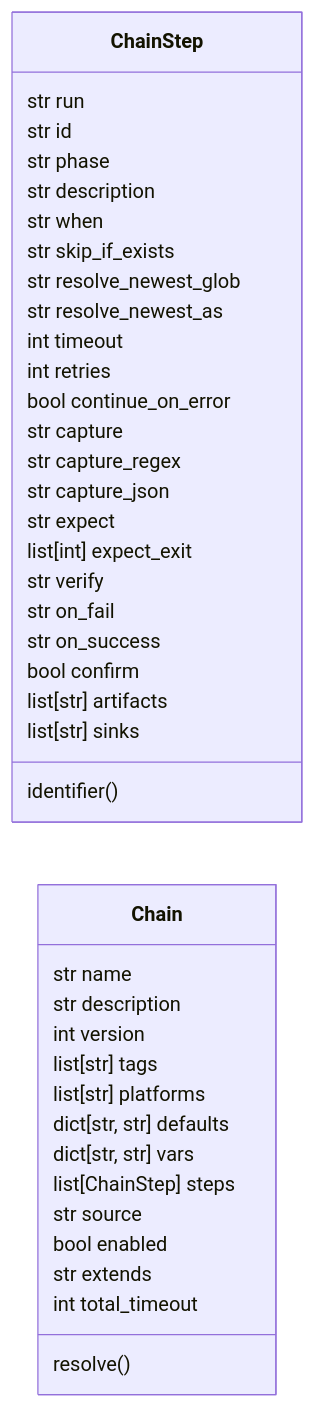
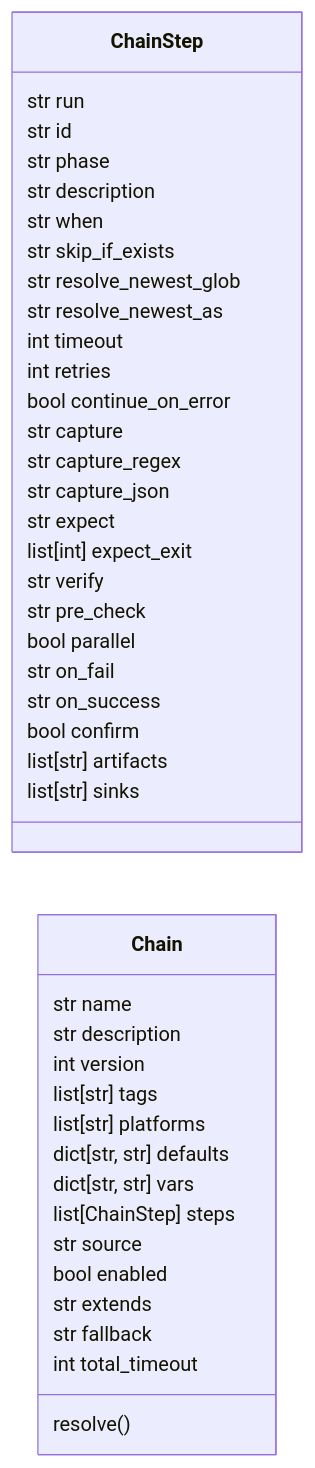
Before and after one commit to grisuno/LazyOwn: the first of 2 diagrams in readmenator-apidocs/modules/modules.chain_registry.py.md, drawn with Mermaid. The commit also changed other lines of this file and 199 other files, not shown here.

````diff
--- a/readmenator-apidocs/modules/modules.chain_registry.py.md
+++ b/readmenator-apidocs/modules/modules.chain_registry.py.md
@@ -26,42 +26,44 @@
 ```mermaid
 classDiagram
     direction LR
     class ChainStep
     ChainStep : str run
     ChainStep : str id
     ChainStep : str phase
     ChainStep : str description
     ChainStep : str when
     ChainStep : str skip_if_exists
     ChainStep : str resolve_newest_glob
     ChainStep : str resolve_newest_as
     ChainStep : int timeout
     ChainStep : int retries
     ChainStep : bool continue_on_error
     ChainStep : str capture
     ChainStep : str capture_regex
     ChainStep : str capture_json
     ChainStep : str expect
     ChainStep : list[int] expect_exit
     ChainStep : str verify
+    ChainStep : str pre_check
+    ChainStep : bool parallel
     ChainStep : str on_fail
     ChainStep : str on_success
     ChainStep : bool confirm
     ChainStep : list[str] artifacts
     ChainStep : list[str] sinks
-    ChainStep : identifier()
     class Chain
     Chain : str name
     Chain : str description
     Chain : int version
     Chain : list[str] tags
     Chain : list[str] platforms
     Chain : dict[str, str] defaults
     Chain : dict[str, str] vars
     Chain : list[ChainStep] steps
     Chain : str source
     Chain : bool enabled
     Chain : str extends
+    Chain : str fallback
     Chain : int total_timeout
     Chain : resolve()
 ```
````
